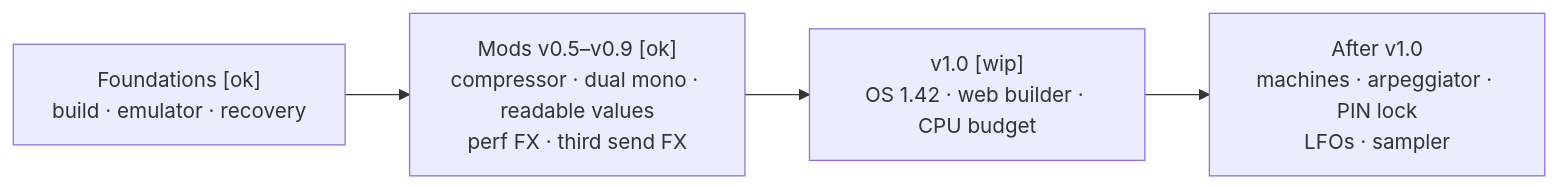
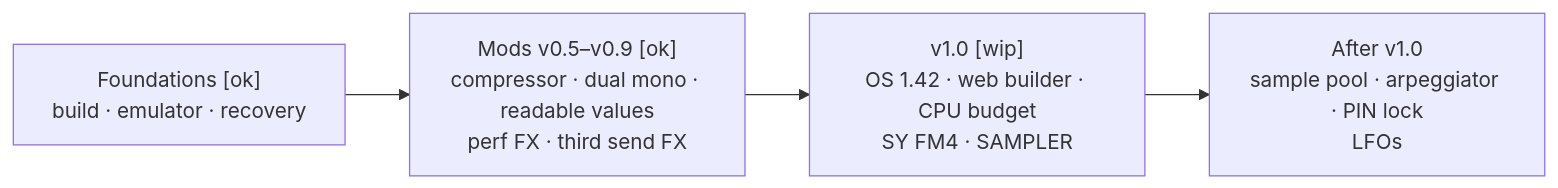
One commit to Angelo-politek/Synthack-OS changed the diagram in README.md. Above: the diagram before and after it, drawn with Mermaid. The commit also changed other lines of this file and 1 other file, not shown here.

First line of the commit message:
docs: status and 1.0 release checklist, review of every mod, fx3 CPU and sample management plans; README

````diff
--- a/README.md
+++ b/README.md
@@ -48,6 +51,6 @@
 ```mermaid
 flowchart LR
   A["Foundations [ok]<br/>build · emulator · recovery"] --> B["Mods v0.5–v0.9 [ok]<br/>compressor · dual mono · readable values<br/>perf FX · third send FX"]
-  B --> C["v1.0 [wip]<br/>OS 1.42 · web builder · CPU budget"]
-  C --> D["After v1.0<br/>machines · arpeggiator · PIN lock<br/>LFOs · sampler"]
+  B --> C["v1.0 [wip]<br/>OS 1.42 · web builder · CPU budget<br/>SY FM4 · SAMPLER"]
+  C --> D["After v1.0<br/>sample pool · arpeggiator · PIN lock<br/>LFOs"]
 ```
````
